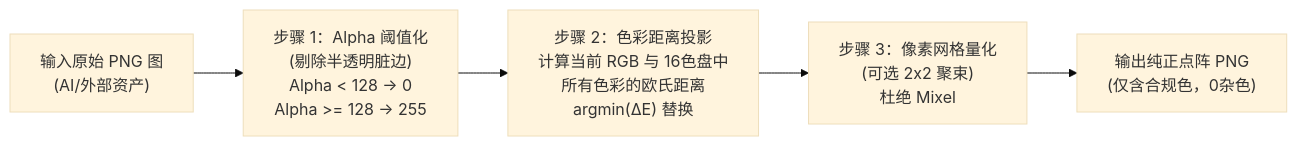
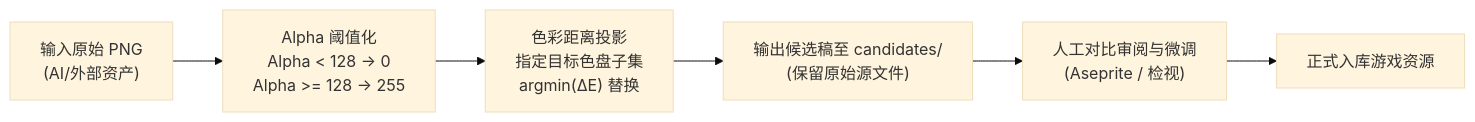
One commit to zhanbh/World-of-308 changed the second of 3 diagrams in docs/design/ui-art-style-standardization-v1.md. Above: the diagram before and after it, drawn with Mermaid (base theme). The commit also changed other lines of this file and 2 other files, not shown here.

````diff
--- a/docs/design/ui-art-style-standardization-v1.md
+++ b/docs/design/ui-art-style-standardization-v1.md
@@ -225,7 +230,8 @@
 ```mermaid
 flowchart LR
-    In["输入原始 PNG 图\n(AI/外部资产)"] --> Step1["步骤 1：Alpha 阈值化\n(剔除半透明脏边)\nAlpha < 128 -> 0\nAlpha >= 128 -> 255"]
-    Step1 --> Step2["步骤 2：色彩距离投影\n计算当前 RGB 与 16色盘中\n所有色彩的欧氏距离\nargmin(ΔE) 替换"]
-    Step2 --> Step3["步骤 3：像素网格量化\n(可选 2x2 聚束)\n杜绝 Mixel"]
-    Step3 --> Out["输出纯正点阵 PNG\n(仅含合规色，0杂色)"]
+    In["输入原始 PNG\n(AI/外部资产)"] --> Step1["Alpha 阈值化\nAlpha < 128 -> 0\nAlpha >= 128 -> 255"]
+    Step1 --> Step2["色彩距离投影\n指定目标色盘子集\nargmin(ΔE) 替换"]
+    Step2 --> Step3["输出候选稿至 candidates/\n(保留原始源文件)"]
+    Step3 --> Step4["人工对比审阅与微调\n(Aseprite / 检视)"]
+    Step4 --> Out["正式入库游戏资源"]
 ```
````
